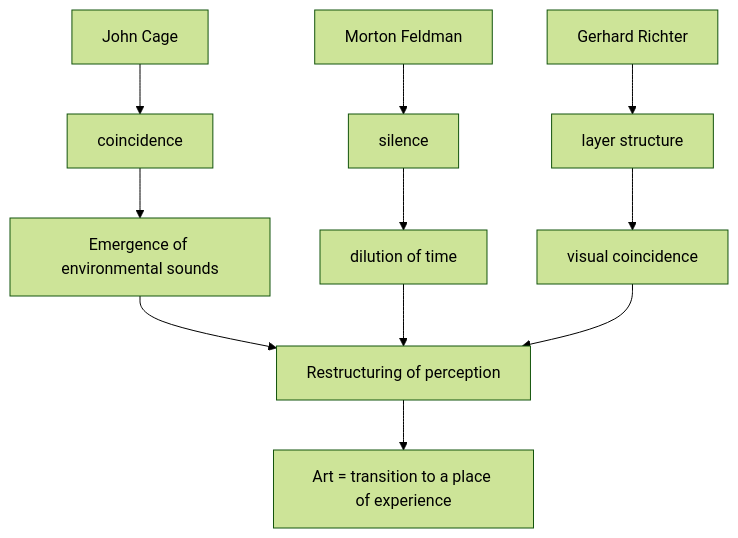
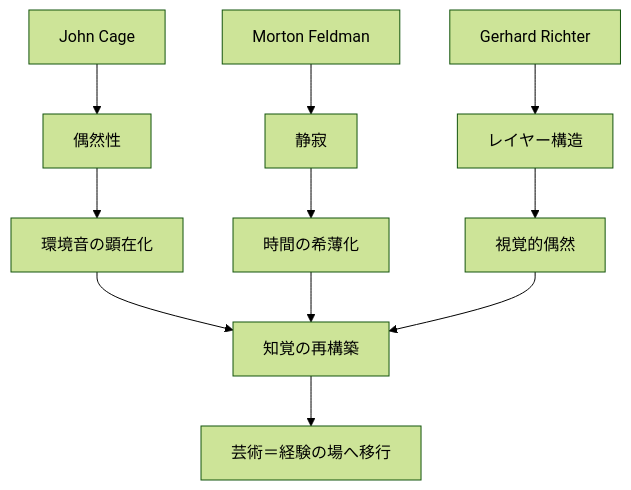
Before and after one commit to monumental-movement/monumental-movement.github.io: the third of 4 diagrams in en/_posts/2026-04-25-column-gerhard-richter.md, drawn with Mermaid (forest theme). The commit also changed other lines of this file and 2196 other files, not shown here.

```diff
--- a/en/_posts/2026-04-25-column-gerhard-richter.md
+++ b/en/_posts/2026-04-25-column-gerhard-richter.md
@@ -282,17 +281,17 @@
 <div class="mermaid">
 graph TD
-A[John Cage] --> A1[coincidence]
-A1 --> A2[Emergence of environmental sounds]
+A[John Cage] --> A1[偶然性]
+A1 --> A2[環境音の顕在化]
 
-B[Morton Feldman] --> B1[silence]
-B1 --> B2[dilution of time]
+B[Morton Feldman] --> B1[静寂]
+B1 --> B2[時間の希薄化]
 
-C[Gerhard Richter] --> C1[layer structure]
-C1 --> C2[visual coincidence]
+C[Gerhard Richter] --> C1[レイヤー構造]
+C1 --> C2[視覚的偶然]
 
-A2 --> D[Restructuring of perception]
+A2 --> D[知覚の再構築]
 B2 --> D
 C2 --> D
-D --> E[Art = transition to a place of experience]
+D --> E[芸術＝経験の場へ移行]
 
 </div>
```
